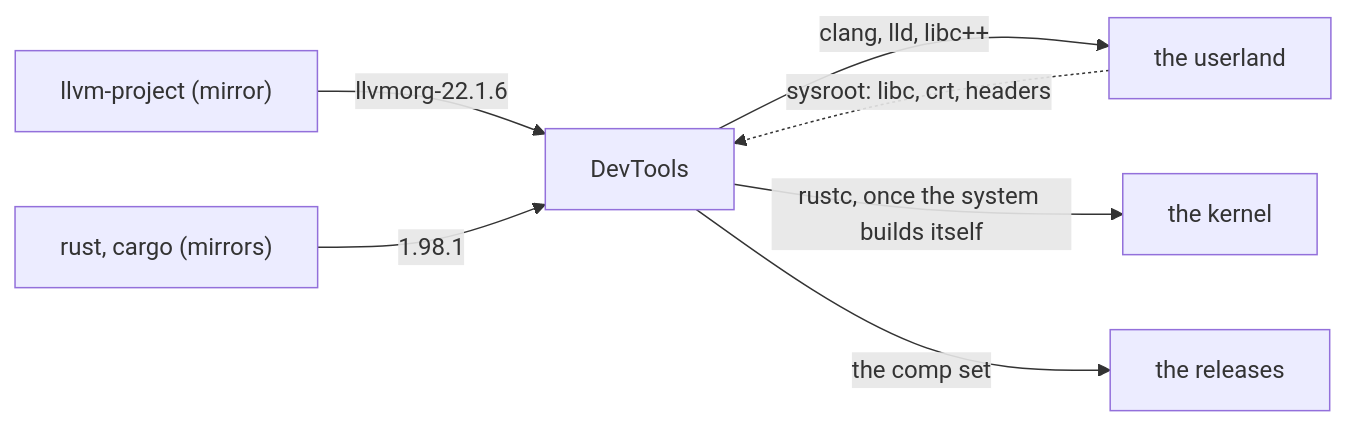
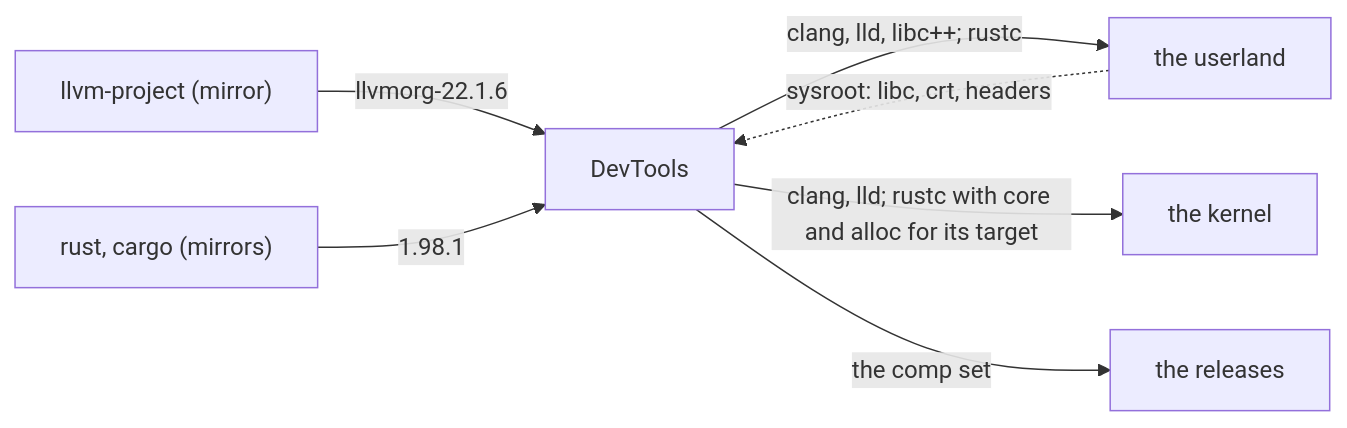
The diagram in README.md (EmiBSD/DevTools), drawn with Mermaid before and after one commit. The commit also changed other lines of this file, not shown here.

````diff
--- a/README.md
+++ b/README.md
@@ -48,9 +52,9 @@
 ```mermaid
 flowchart LR
     llvm["llvm-project (mirror)"] -- "llvmorg-22.1.6" --> dev["DevTools"]
     rust["rust, cargo (mirrors)"] -- "1.98.1" --> dev
-    dev -- "clang, lld, libc++" --> ul["the userland"]
-    dev -- "rustc, once the system builds itself" --> k["the kernel"]
+    dev -- "clang, lld, libc++; rustc" --> ul["the userland"]
+    dev -- "clang, lld; rustc with core and alloc for its target" --> k["the kernel"]
     dev -- "the comp set" --> os["the releases"]
     ul -. "sysroot: libc, crt, headers" .-> dev
 ```
````
